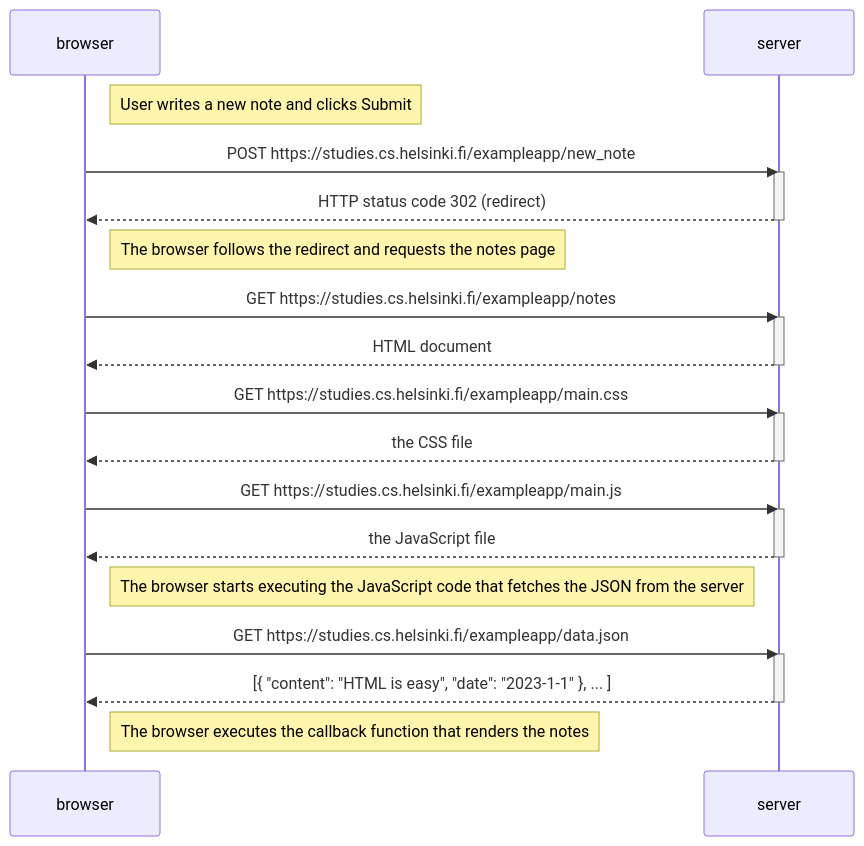
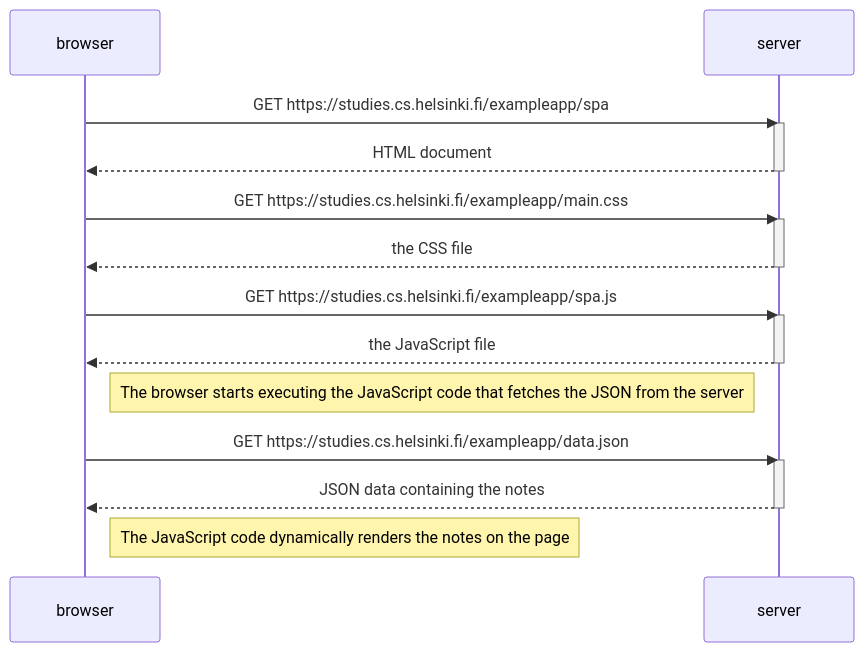
Before and after one commit to rkerkides/FullStackOpen: the diagram in part0/05.md, drawn with Mermaid.

Commit message:
stage unstaged changes

````diff
--- a/part0/05.md
+++ b/part0/05.md
@@ -1,38 +1,30 @@
 ```mermaid
 sequenceDiagram
     participant browser
     participant server
 
-    Note right of browser: User writes a new note and clicks Submit
-
-    browser->>server: POST https://studies.cs.helsinki.fi/exampleapp/new_note
-    activate server
-    server-->>browser: HTTP status code 302 (redirect)
-    deactivate server
-
-    Note right of browser: The browser follows the redirect and requests the notes page
-
-    browser->>server: GET https://studies.cs.helsinki.fi/exampleapp/notes
+    browser->>server: GET https://studies.cs.helsinki.fi/exampleapp/spa
     activate server
     server-->>browser: HTML document
     deactivate server
 
     browser->>server: GET https://studies.cs.helsinki.fi/exampleapp/main.css
     activate server
     server-->>browser: the CSS file
     deactivate server
 
-    browser->>server: GET https://studies.cs.helsinki.fi/exampleapp/main.js
+    browser->>server: GET https://studies.cs.helsinki.fi/exampleapp/spa.js
     activate server
     server-->>browser: the JavaScript file
     deactivate server
 
     Note right of browser: The browser starts executing the JavaScript code that fetches the JSON from the server
 
     browser->>server: GET https://studies.cs.helsinki.fi/exampleapp/data.json
     activate server
-    server-->>browser: [{ "content": "HTML is easy", "date": "2023-1-1" }, ... ]
+    server-->>browser: JSON data containing the notes
     deactivate server
 
-    Note right of browser: The browser executes the callback function that renders the notes
+    Note right of browser: The JavaScript code dynamically renders the notes on the page
+
 ```
````
